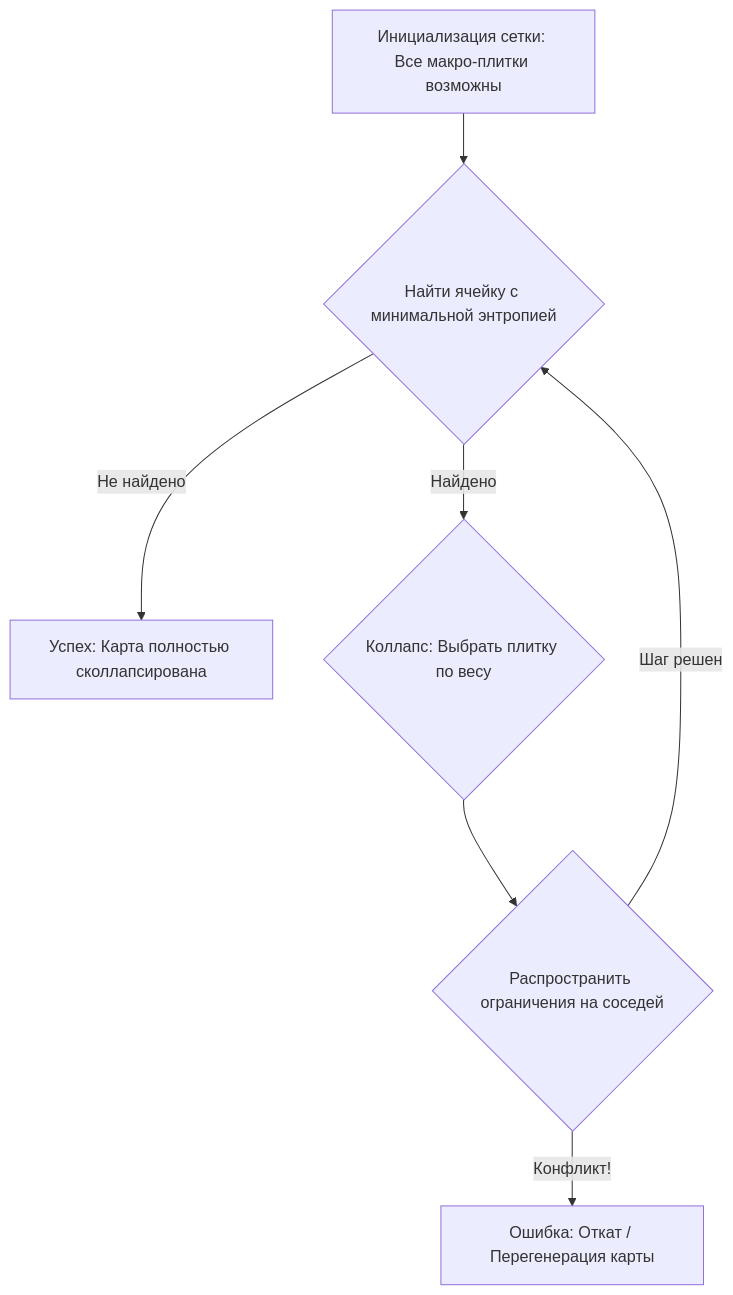
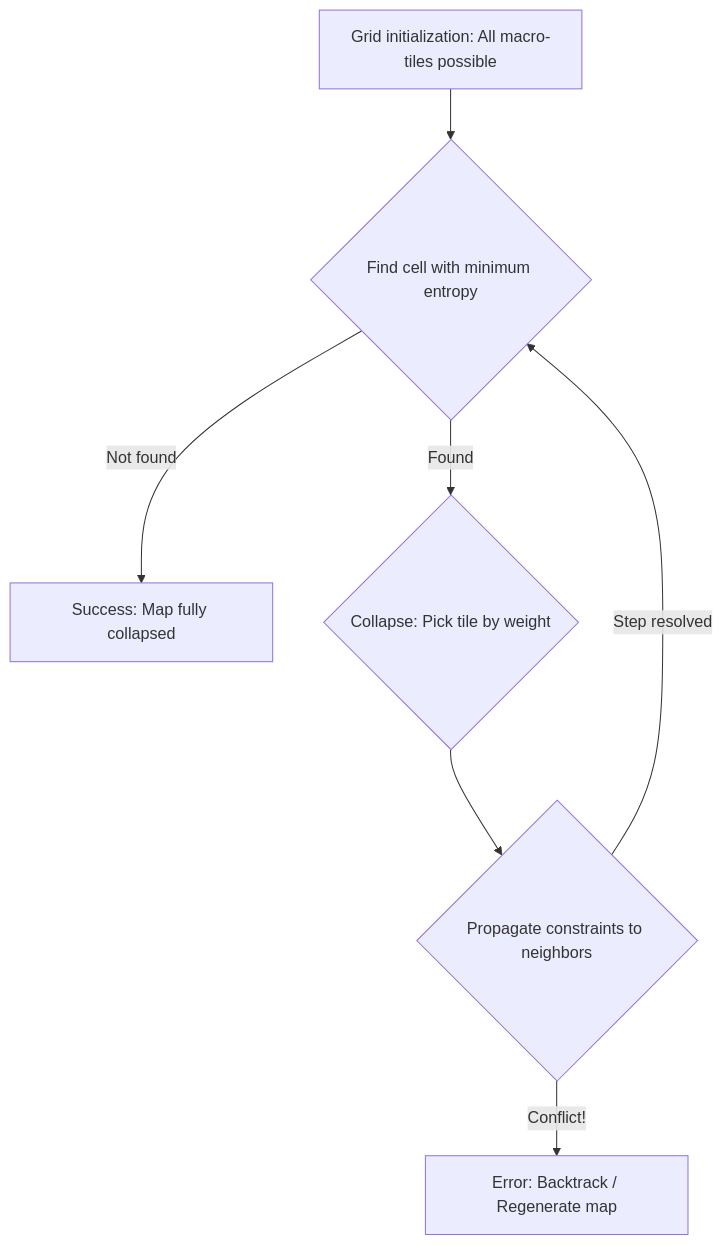
The third of 3 diagrams in README.ru.md (Holizer/procgen-lab), drawn with Mermaid before and after one commit. The commit also changed other lines of this file and 1 other file, not shown here.

````diff
--- a/README.ru.md
+++ b/README.ru.md
@@ -93,9 +106,9 @@
 ```mermaid
 graph TD
-	A[Инициализация сетки: Все макро-плитки возможны] --> B{Найти ячейку с минимальной энтропией};
-	B -- Не найдено --> C[Успех: Карта полностью сколлапсирована];
-	B -- Найдено --> D{Коллапс: Выбрать плитку по весу};
-	D --> E{Распространить ограничения на соседей};
-	E -- Конфликт! --> F[Ошибка: Откат / Перегенерация карты];
-	E -- Шаг решен --> B;
+	A[Grid initialization: All macro-tiles possible] --> B{Find cell with minimum entropy};
+	B -- Not found --> C[Success: Map fully collapsed];
+	B -- Found --> D{Collapse: Pick tile by weight};
+	D --> E{Propagate constraints to neighbors};
+	E -- Conflict! --> F[Error: Backtrack / Regenerate map];
+	E -- Step resolved --> B;
 ```
````
